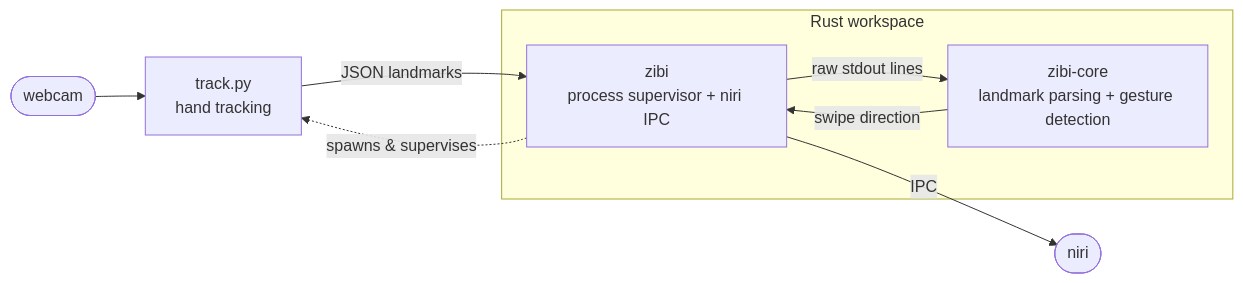
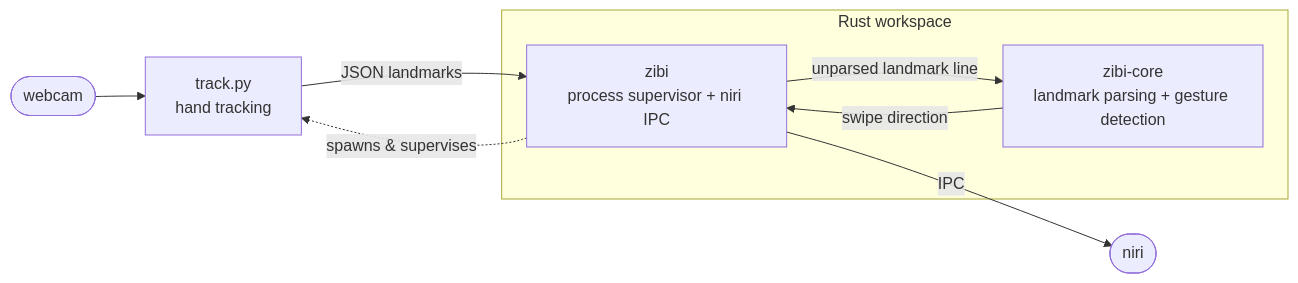
The diagram in README.md (IdanKoblik/zibi), drawn with Mermaid before and after one commit. The commit also changed other lines of this file, not shown here.

````diff
--- a/README.md
+++ b/README.md
@@ -36,15 +36,15 @@
 ```mermaid
 flowchart LR
     webcam([webcam]) --> track["track.py<br/>hand tracking"]
     track -- "JSON landmarks" --> zibi
 
     subgraph rust["Rust workspace"]
         zibi["zibi<br/>process supervisor + niri IPC"]
         core["zibi-core<br/>landmark parsing + gesture detection"]
-        zibi -- "raw stdout lines" --> core
+        zibi -- "unparsed landmark line" --> core
         core -- "swipe direction" --> zibi
     end
 
     zibi -- "IPC" --> niri([niri])
     zibi -. "spawns & supervises" .-> track
 ```
````
